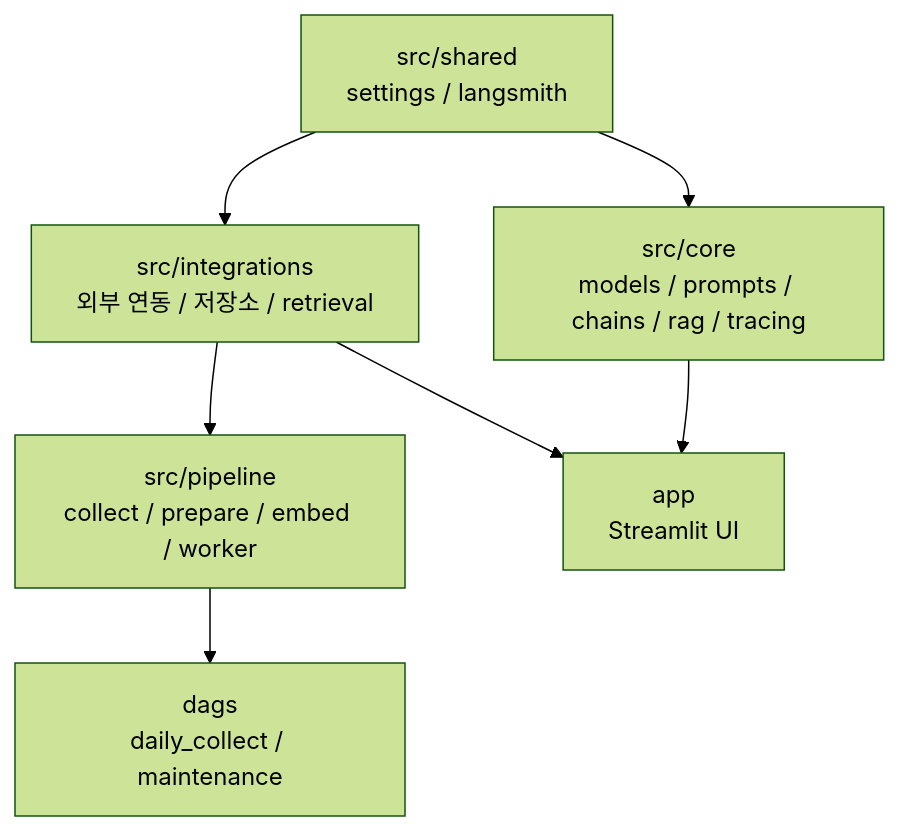
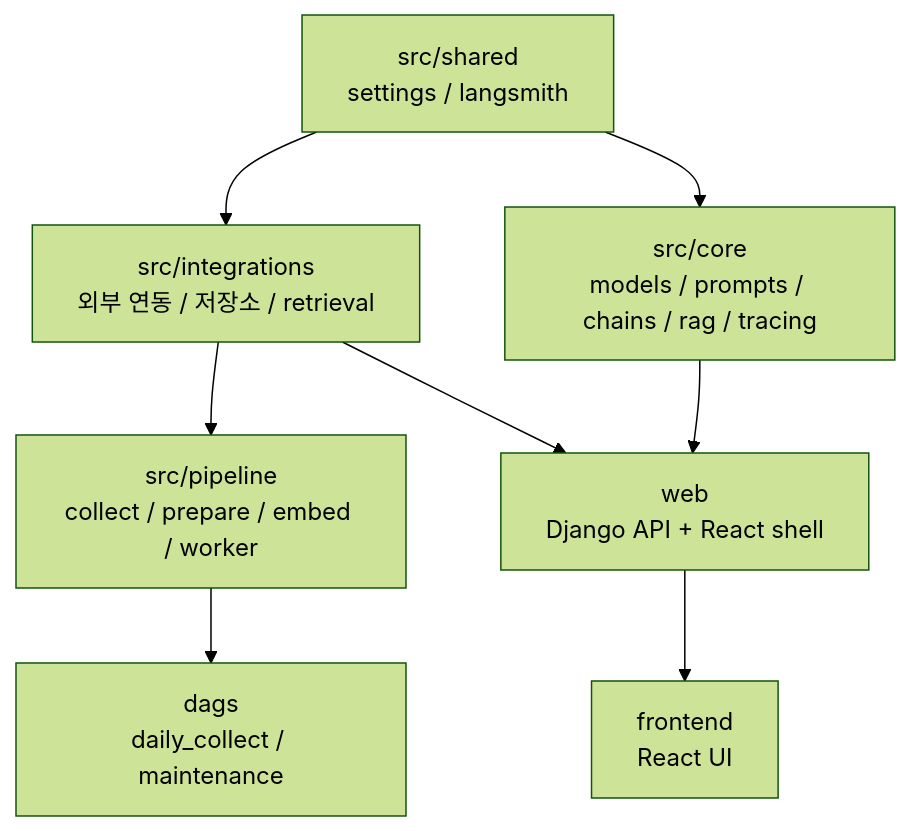
One commit to SKNETWORKS-FAMILY-AICAMP/SKN25-4th-2Team changed the second of 2 diagrams in docs/architecture/ARCHITECTURE.md. Above: the diagram before and after it, drawn with Mermaid (forest theme). The commit also changed other lines of this file and 102 other files, not shown here.

````diff
--- a/docs/architecture/ARCHITECTURE.md
+++ b/docs/architecture/ARCHITECTURE.md
@@ -79,9 +79,10 @@
 ```mermaid
 flowchart TD
     Shared[src/shared<br/>settings / langsmith] --> Integrations[src/integrations<br/>외부 연동 / 저장소 / retrieval]
     Shared --> Core[src/core<br/>models / prompts / chains / rag / tracing]
     Integrations --> Pipeline[src/pipeline<br/>collect / prepare / embed / worker]
     Pipeline --> Dags[dags<br/>daily_collect / maintenance]
-    Core --> UI[app<br/>Streamlit UI]
-    Integrations --> UI
+    Core --> Web[web<br/>Django API + React shell]
+    Integrations --> Web
+    Web --> Frontend[frontend<br/>React UI]
 ```
````
